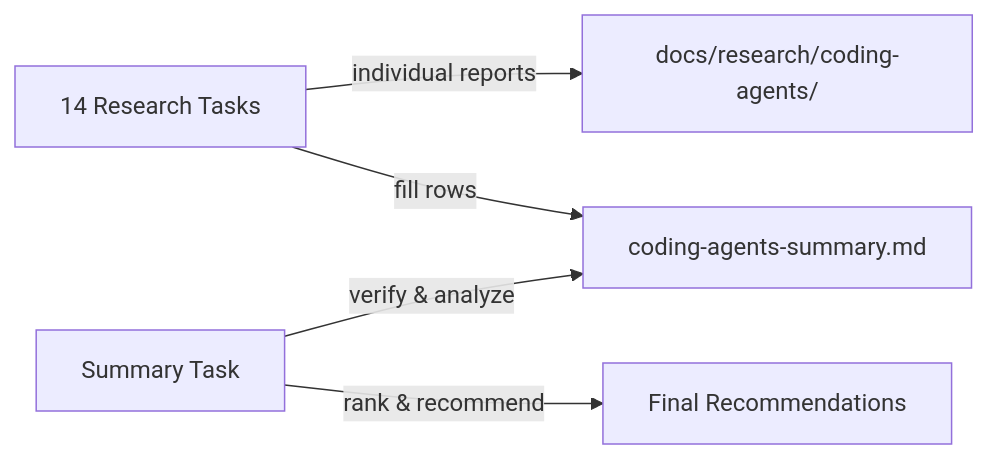
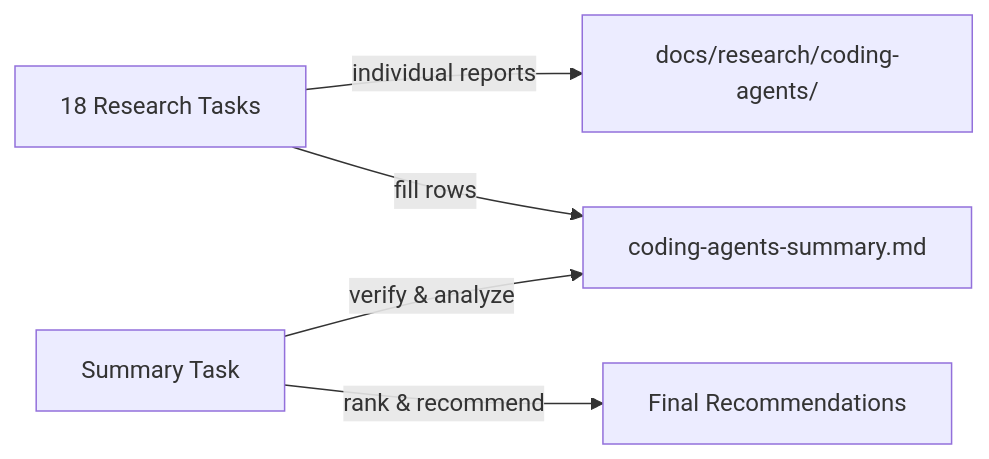
One commit to prikotov/task-orchestrator changed the diagram in todo/done/EPIC-research-coding-agents-comparison.md. Above: the diagram before and after it, drawn with Mermaid. The commit also changed other lines of this file and 5 other files, not shown here.

First line of the commit message:
docs(research): add omp coding agent comparison / добавить сравнение omp coding-агента (#317)

````diff
--- a/todo/done/EPIC-research-coding-agents-comparison.md
+++ b/todo/done/EPIC-research-coding-agents-comparison.md
@@ -81,7 +81,7 @@
 ```mermaid
 flowchart LR
-    A[14 Research Tasks] -->|individual reports| B[docs/research/coding-agents/]
+    A[18 Research Tasks] -->|individual reports| B[docs/research/coding-agents/]
     A -->|fill rows| C[coding-agents-summary.md]
     D[Summary Task] -->|verify & analyze| C
     D -->|rank & recommend| E[Final Recommendations]
 ```
````
